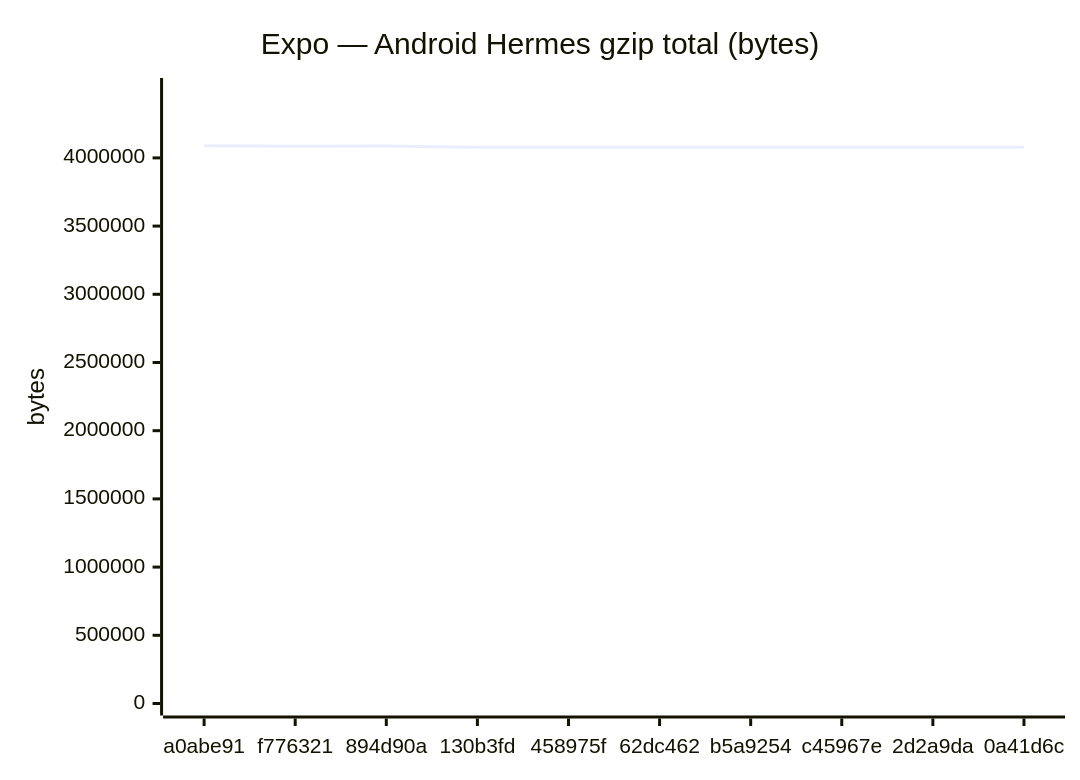
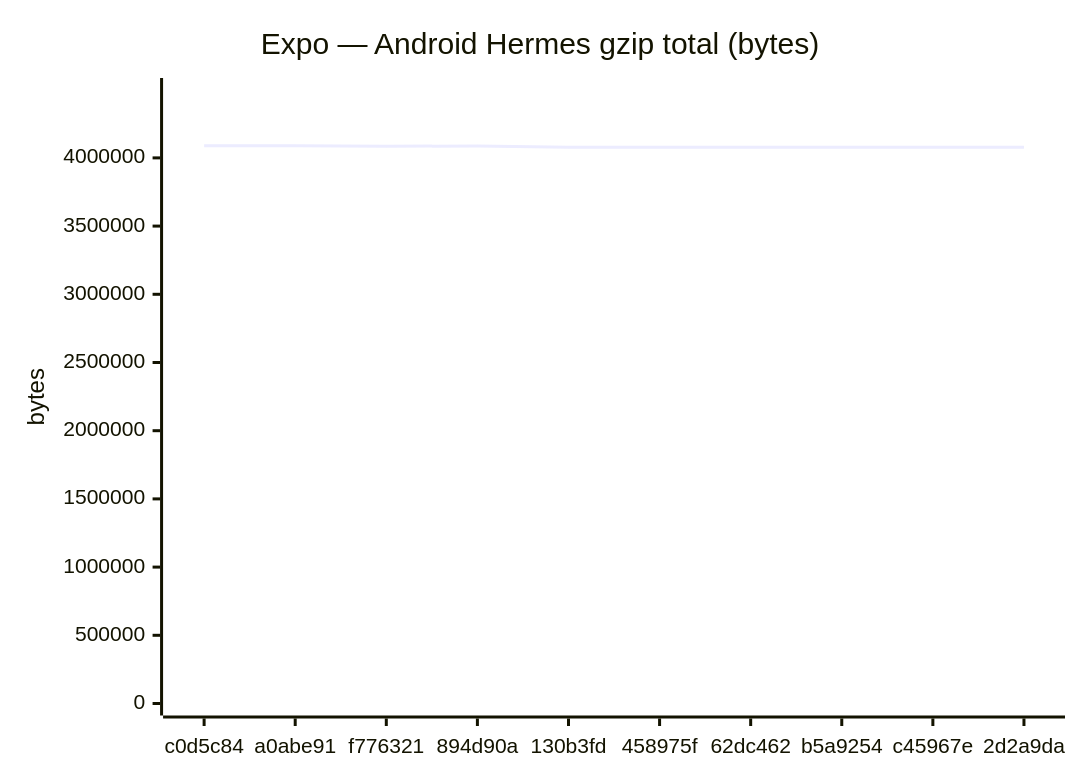
Before and after one commit to Metaheurist/Rianell: the fifth of 18 diagrams in benchmarks/compare.md, drawn with Mermaid. The commit also changed other lines of this file and 11 other files, not shown here.

````diff
--- a/benchmarks/compare.md
+++ b/benchmarks/compare.md
@@ -89,7 +89,7 @@
 ```mermaid
 xychart-beta
     title "Expo — Android Hermes gzip total (bytes)"
-    x-axis ["a0abe91", "f776321", "894d90a", "130b3fd", "458975f", "62dc462", "b5a9254", "c45967e", "2d2a9da", "0a41d6c"]
-    y-axis "bytes" 0 --> 4497694
-    line [4088812, 4085830, 4086643, 4077332, 4077341, 4077340, 4078885, 4078896, 4078895, 4078897]
+    x-axis ["c0d5c84", "a0abe91", "f776321", "894d90a", "130b3fd", "458975f", "62dc462", "b5a9254", "c45967e", "2d2a9da"]
+    y-axis "bytes" 0 --> 4497695
+    line [4088813, 4088812, 4085830, 4086643, 4077332, 4077341, 4077340, 4078885, 4078896, 4078895]
 ```
````
